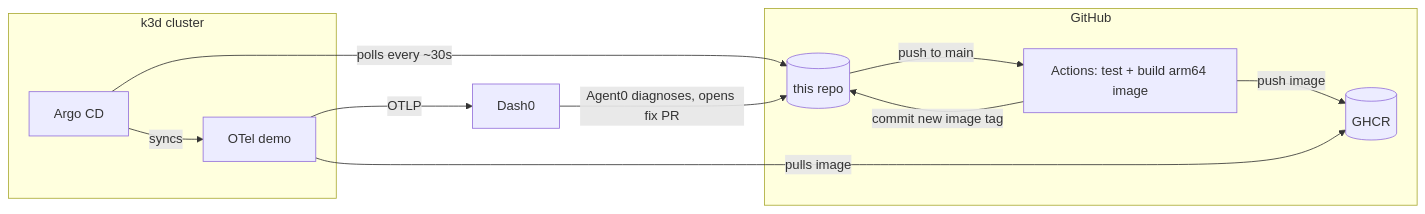
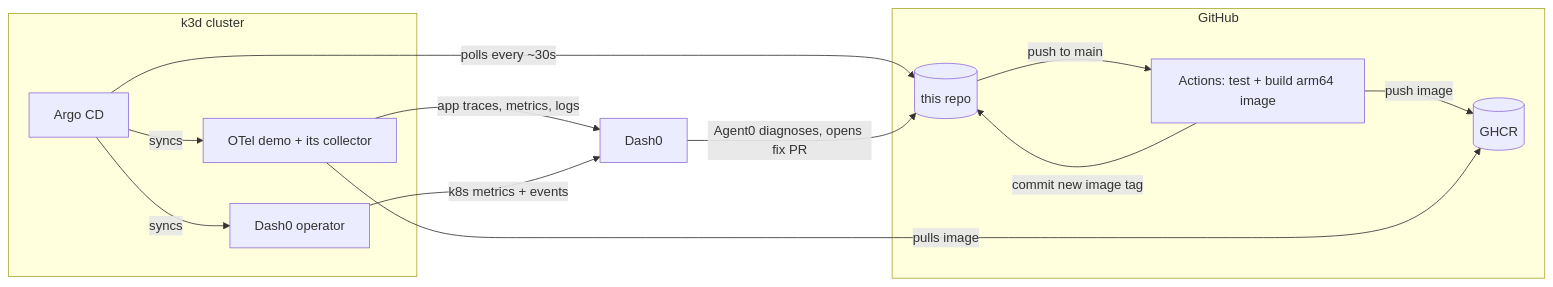
The diagram in README.md (brampling/oteldemo-autofix), drawn with Mermaid before and after one commit. The commit also changed other lines of this file, not shown here.

First line of the commit message:
README: document the Dash0 telemetry setup

````diff
--- a/README.md
+++ b/README.md
@@ -13,15 +13,17 @@
 ```mermaid
 flowchart LR
     subgraph GitHub
         repo[(this repo)] -->|push to main| ci[Actions: test + build arm64 image]
         ci -->|push image| ghcr[(GHCR)]
         ci -->|commit new image tag| repo
     end
     subgraph cluster[k3d cluster]
         argo[Argo CD] -->|polls every ~30s| repo
-        argo -->|syncs| demo[OTel demo]
+        argo -->|syncs| demo[OTel demo + its collector]
+        argo -->|syncs| op[Dash0 operator]
         demo -->|pulls image| ghcr
     end
-    demo -->|OTLP| dash0[Dash0]
+    demo -->|app traces, metrics, logs| dash0[Dash0]
+    op -->|k8s metrics + events| dash0
     dash0 -->|Agent0 diagnoses, opens fix PR| repo
 ```
````
